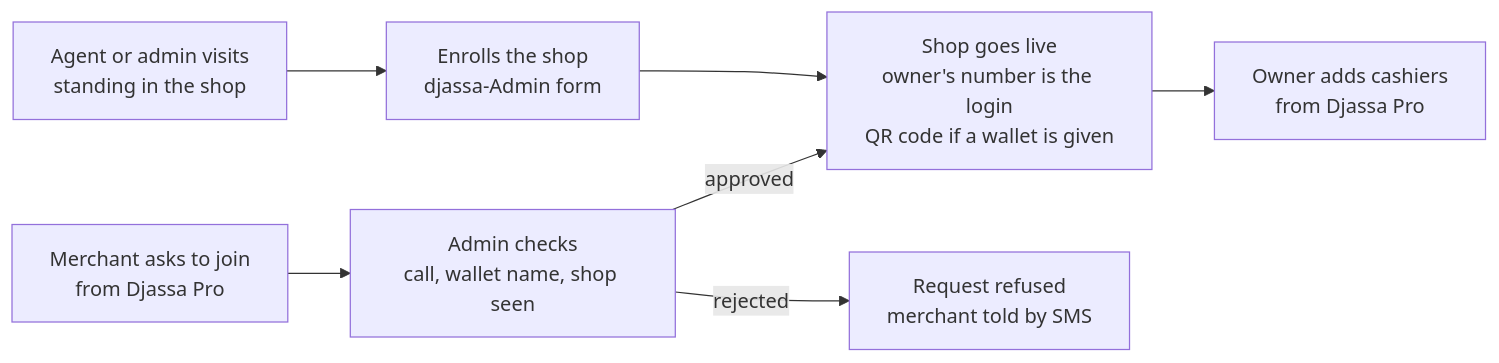
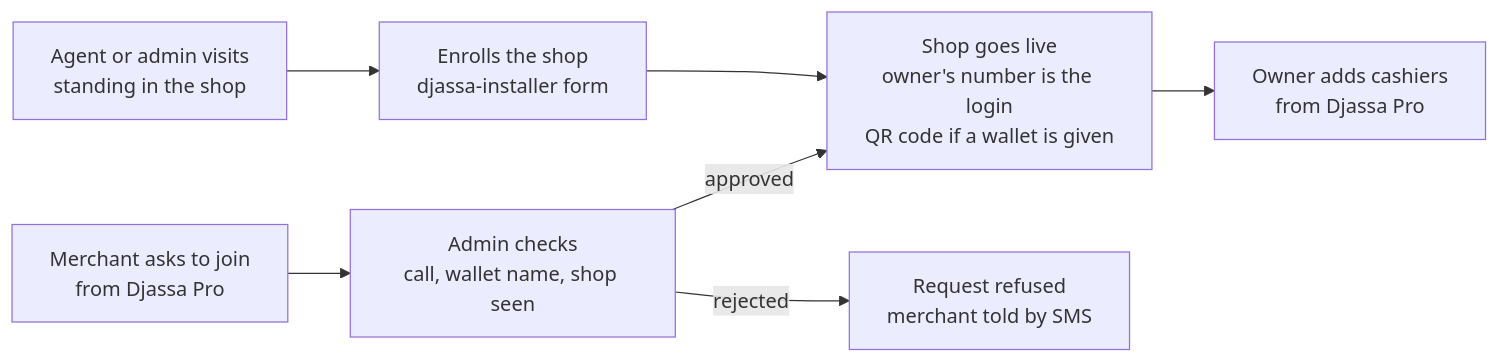
Before and after one commit to giss1408/djassa-BE: the diagram in docs/technical/ENROLLMENT.md, drawn with Mermaid. The commit also changed other lines of this file and 6 other files, not shown here.

Commit message:
Rename djassa-Admin to djassa-installer in docs and comments

````diff
--- a/docs/technical/ENROLLMENT.md
+++ b/docs/technical/ENROLLMENT.md
@@ -52,9 +52,9 @@
 ```mermaid
 flowchart LR
-  visit[Agent or admin visits<br/>standing in the shop] --> enrol[Enrolls the shop<br/>djassa-Admin form]
+  visit[Agent or admin visits<br/>standing in the shop] --> enrol[Enrolls the shop<br/>djassa-installer form]
   ask[Merchant asks to join<br/>from Djassa Pro] --> checks[Admin checks<br/>call, wallet name, shop seen]
   enrol --> live[Shop goes live<br/>owner's number is the login<br/>QR code if a wallet is given]
   checks -- approved --> live
   checks -- rejected --> refused[Request refused<br/>merchant told by SMS]
   live --> cashiers[Owner adds cashiers<br/>from Djassa Pro]
 ```
````
